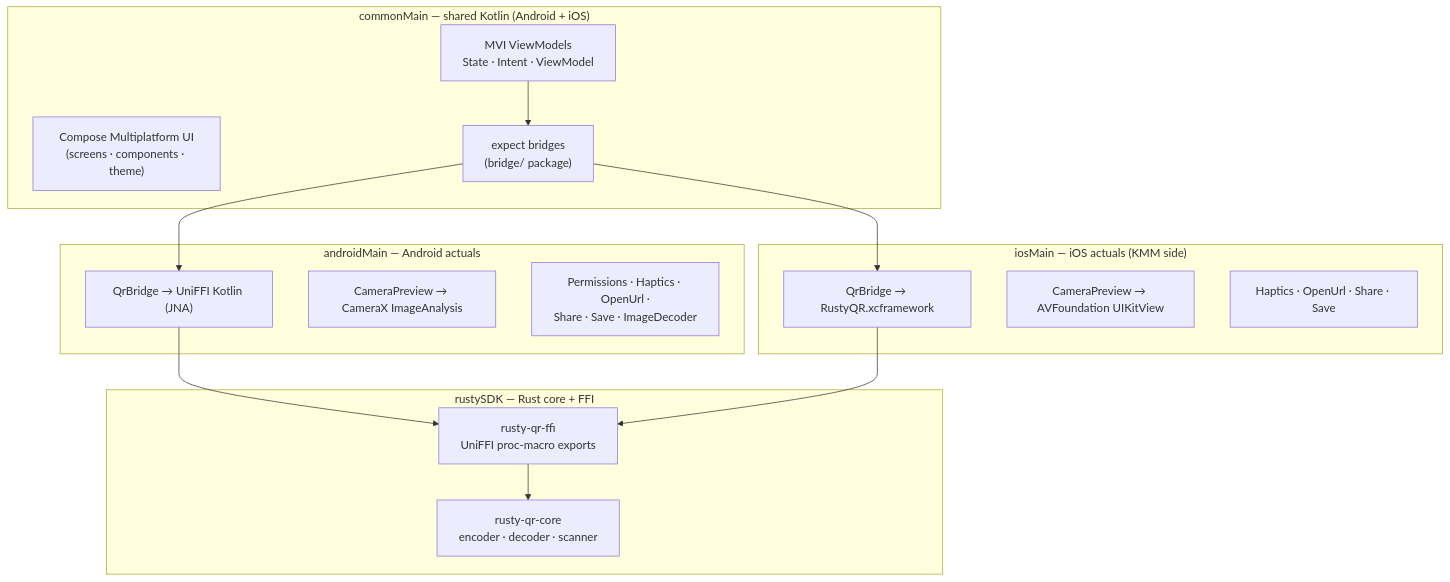
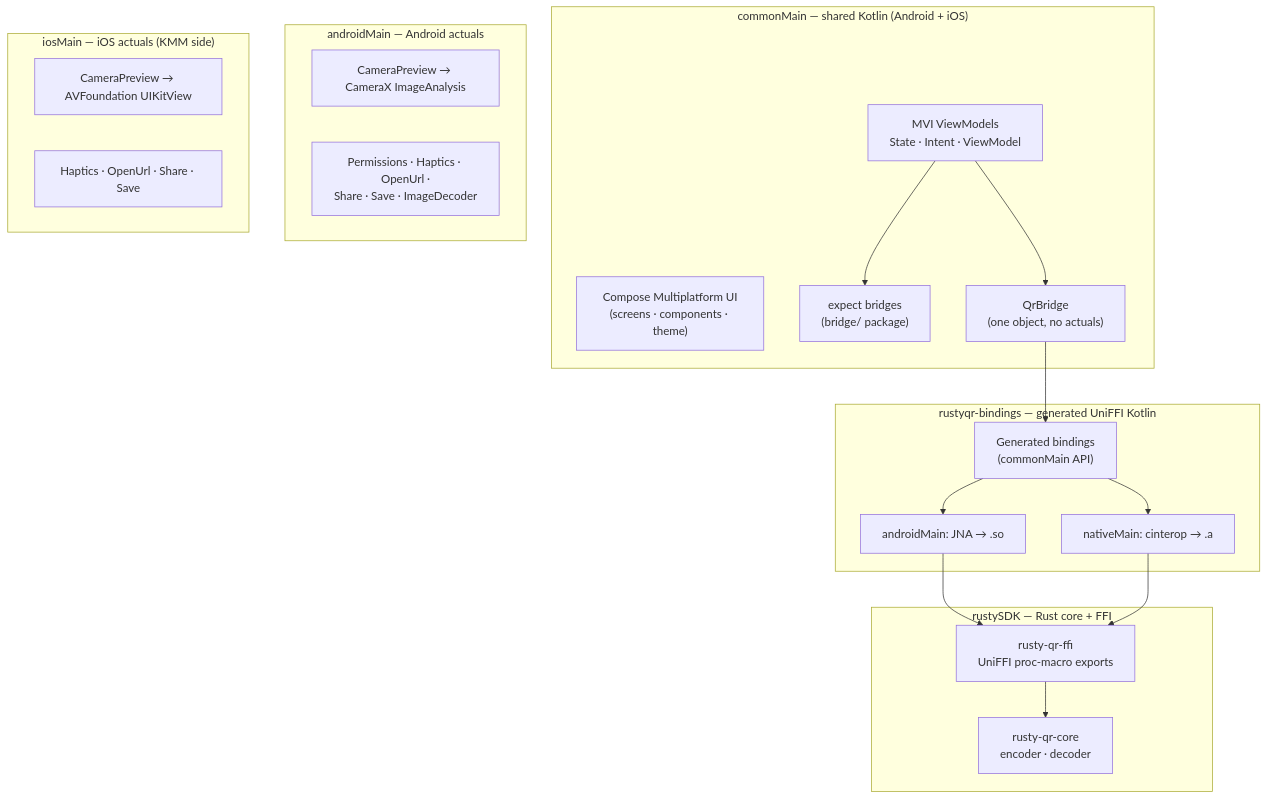
The first of 3 diagrams in README.md (prasannajeet/RustyQR), drawn with Mermaid before and after one commit. The commit also changed other lines of this file and 25 other files, not shown here.

````diff
--- a/README.md
+++ b/README.md
@@ -212,32 +229,39 @@
 ```mermaid
 graph TB
     subgraph "commonMain — shared Kotlin (Android + iOS)"
         UI["Compose Multiplatform UI<br/>(screens · components · theme)"]
         MVI["MVI ViewModels<br/>State · Intent · ViewModel"]
         BRIDGE_EXP["expect bridges<br/>(bridge/ package)"]
+        QRB["QrBridge<br/>(one object, no actuals)"]
+    end
+
+    subgraph "rustyqr-bindings — generated UniFFI Kotlin"
+        BIND["Generated bindings<br/>(commonMain API)"]
+        BRIDGE_AND["androidMain: JNA → .so"]
+        BRIDGE_IOS["nativeMain: cinterop → .a"]
     end
 
     subgraph "androidMain — Android actuals"
-        BRIDGE_AND["QrBridge → UniFFI Kotlin (JNA)"]
         CAM_AND["CameraPreview → CameraX ImageAnalysis"]
         MISC_AND["Permissions · Haptics · OpenUrl ·<br/>Share · Save · ImageDecoder"]
     end
 
     subgraph "iosMain — iOS actuals (KMM side)"
-        BRIDGE_IOS["QrBridge → RustyQR.xcframework"]
         CAM_IOS["CameraPreview → AVFoundation UIKitView"]
         MISC_IOS["Haptics · OpenUrl · Share · Save"]
     end
 
     subgraph "rustySDK — Rust core + FFI"
         FFI["rusty-qr-ffi<br/>UniFFI proc-macro exports"]
-        CORE["rusty-qr-core<br/>encoder · decoder · scanner"]
+        CORE["rusty-qr-core<br/>encoder · decoder"]
     end
 
-    MVI --> BRIDGE_EXP
-    BRIDGE_EXP --> BRIDGE_AND
-    BRIDGE_EXP --> BRIDGE_IOS
+    MVI --> QRB
+    QRB --> BIND
+    BIND --> BRIDGE_AND
+    BIND --> BRIDGE_IOS
     BRIDGE_AND --> FFI
     BRIDGE_IOS --> FFI
     FFI --> CORE
+    MVI --> BRIDGE_EXP
 ```
````
